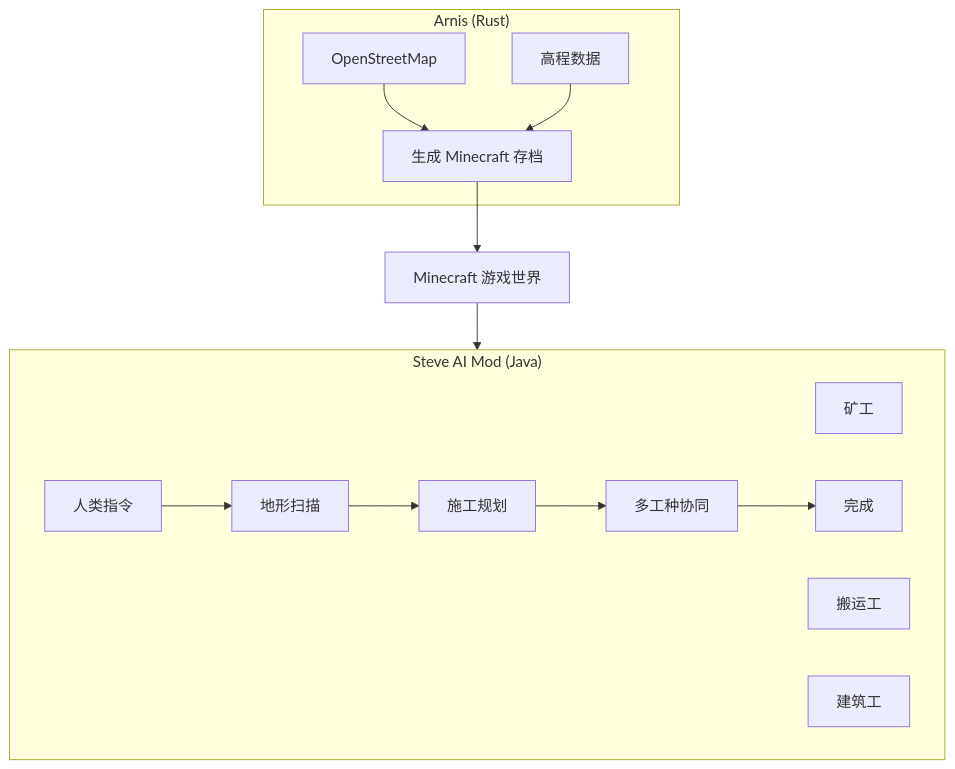
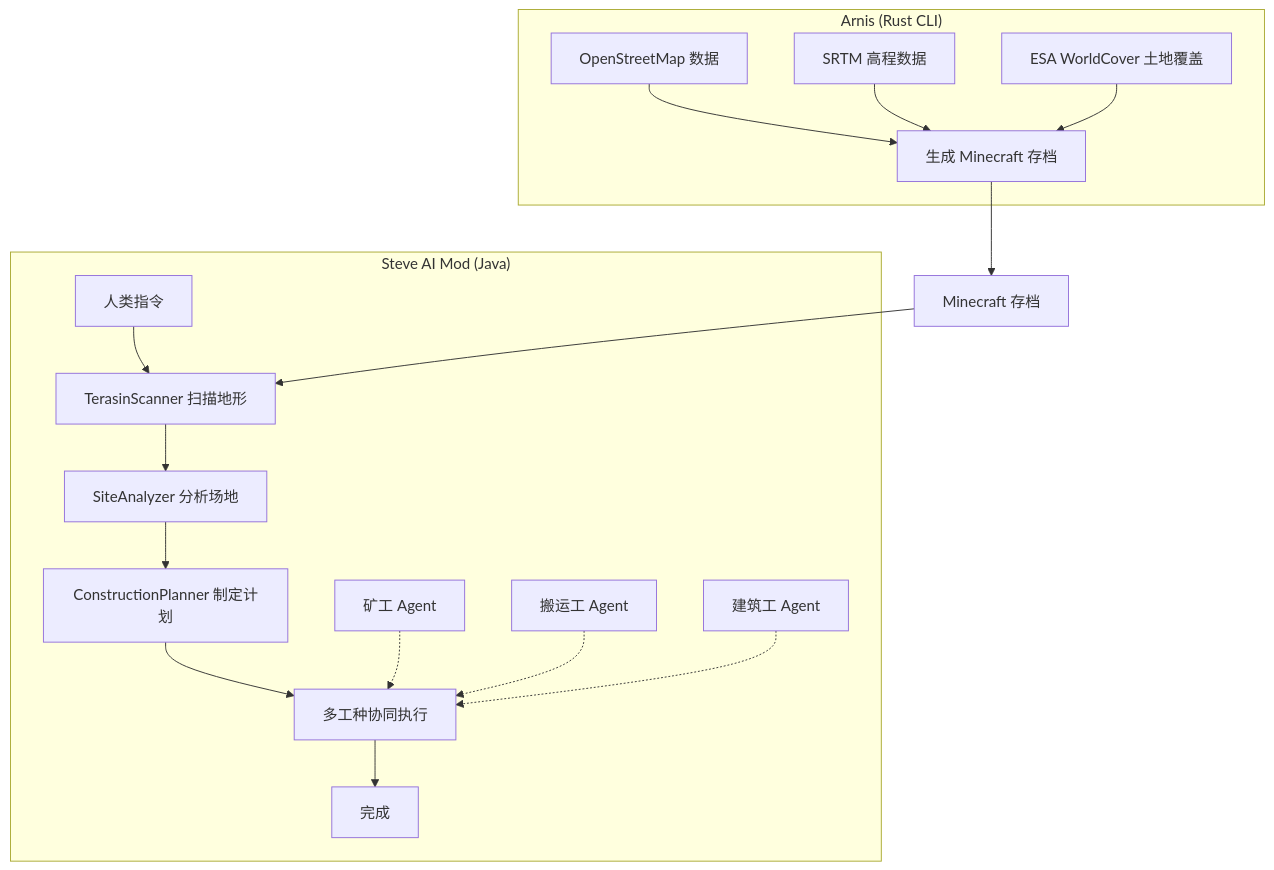
One commit to beancookie/Steve changed the second of 4 diagrams in docs/10-construction-site.md. Above: the diagram before and after it, drawn with Mermaid. The commit also changed other lines of this file, not shown here.

First line of the commit message:
docs: update construction site design with Arnis integration

````diff
--- a/docs/10-construction-site.md
+++ b/docs/10-construction-site.md
@@ -19,26 +58,32 @@
 ```mermaid
 flowchart TB
-    subgraph Arnis["Arnis (Rust)"]
-        A1[OpenStreetMap]
-        A2[高程数据]
-        A1 --> A3[生成 Minecraft 存档]
-        A2 --> A3
+    subgraph Arnis["Arnis (Rust CLI)"]
+        A1[OpenStreetMap 数据]
+        A2[SRTM 高程数据]
+        A3[ESA WorldCover 土地覆盖]
+        A1 --> A4[生成 Minecraft 存档]
+        A2 --> A4
+        A3 --> A4
     end
 
-    A3 --> B1[Minecraft 游戏世界]
+    A4 --> B1[Minecraft 存档]
 
     subgraph SteveAI["Steve AI Mod (Java)"]
-        S1[矿工]
-        S2[搬运工]
-        S3[建筑工]
+        S1[矿工 Agent]
+        S2[搬运工 Agent]
+        S3[建筑工 Agent]
         S4[人类指令]
-        S5[地形扫描]
-        S6[施工规划]
-        S7[多工种协同]
-        S8[完成]
+        S5[TerasinScanner 扫描地形]
+        S6[SiteAnalyzer 分析场地]
+        S7[ConstructionPlanner 制定计划]
+        S8[多工种协同执行]
+        S9[完成]
 
-        S4 --> S5 --> S6 --> S7 --> S8
+        S4 --> S5 --> S6 --> S7 --> S8 --> S9
+        S1 -.-> S8
+        S2 -.-> S8
+        S3 -.-> S8
     end
 
-    B1 --> SteveAI
+    B1 --> S5
 ```
````
